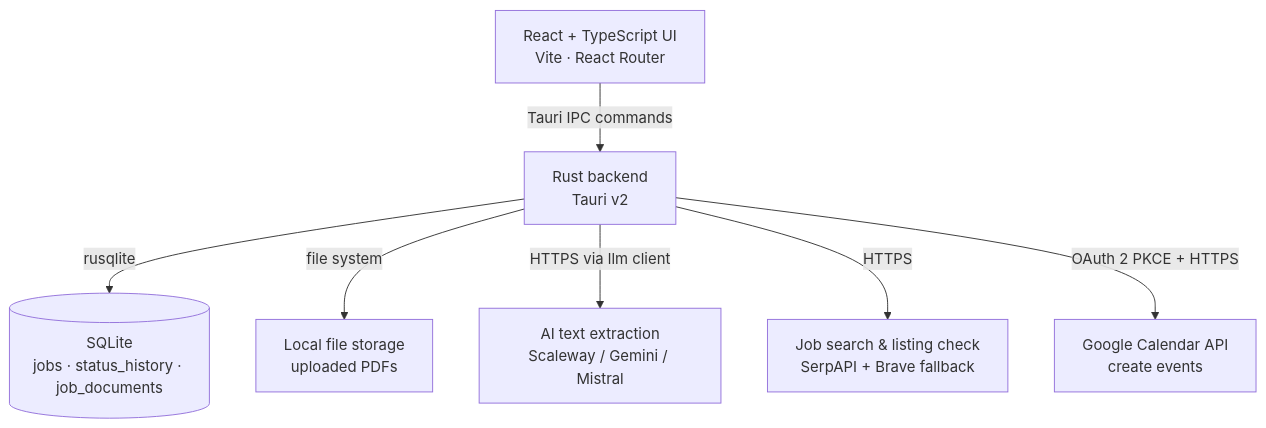
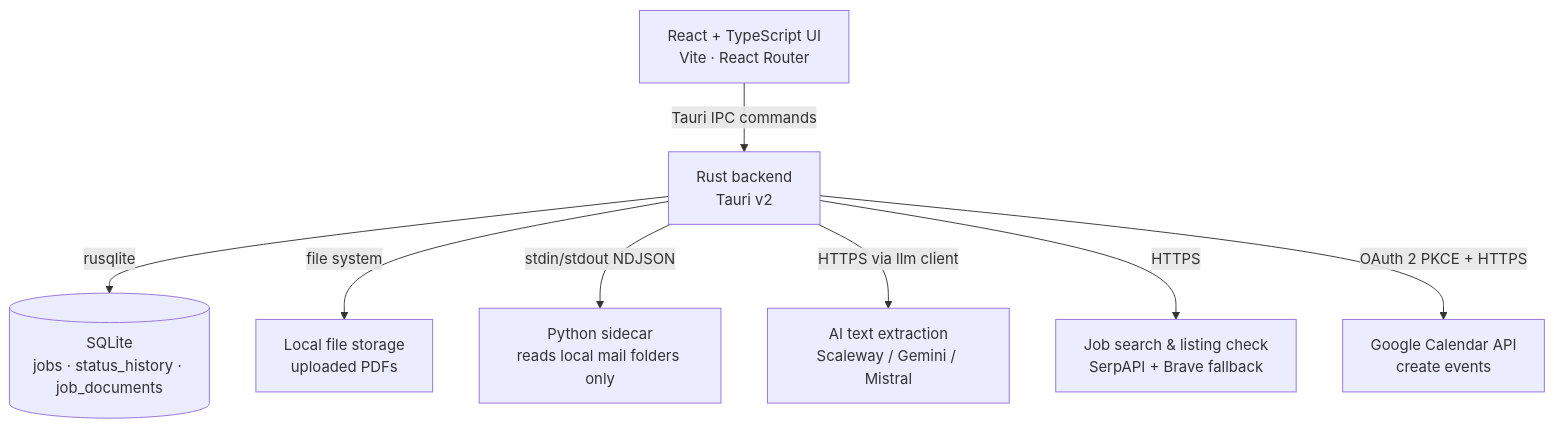
The second of 2 diagrams in README.md (eikrad/Job-Tracker), drawn with Mermaid before and after one commit. The commit also changed other lines of this file and 1 other file, not shown here.

First line of the commit message:
docs: index releasing.md, show mail scan in README diagrams, note skip gates

````diff
--- a/README.md
+++ b/README.md
@@ -46,9 +49,10 @@
 ```mermaid
 graph TD
     UI[React + TypeScript UI<br>Vite · React Router] -->|Tauri IPC commands| RUST[Rust backend<br>Tauri v2]
     RUST -->|rusqlite| DB[(SQLite<br>jobs · status_history · job_documents)]
     RUST -->|file system| FILES[Local file storage<br>uploaded PDFs]
+    RUST -->|stdin/stdout NDJSON| SIDECAR[Python sidecar<br>reads local mail folders only]
     RUST -->|HTTPS via llm client| AI[AI text extraction<br>Scaleway / Gemini / Mistral]
     RUST -->|HTTPS| SEARCH[Job search & listing check<br>SerpAPI + Brave fallback]
     RUST -->|OAuth 2 PKCE + HTTPS| GCAL[Google Calendar API<br>create events]
 ```
````
